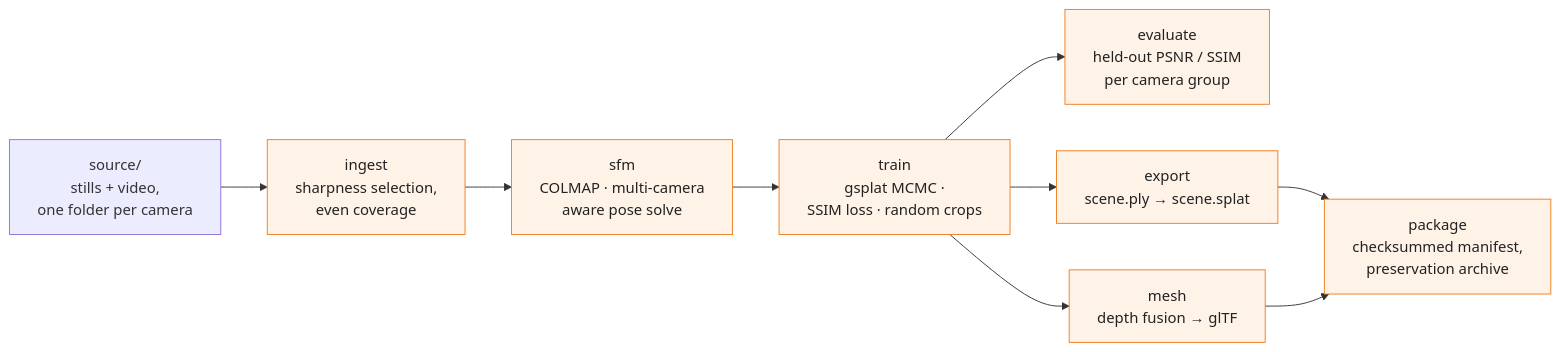
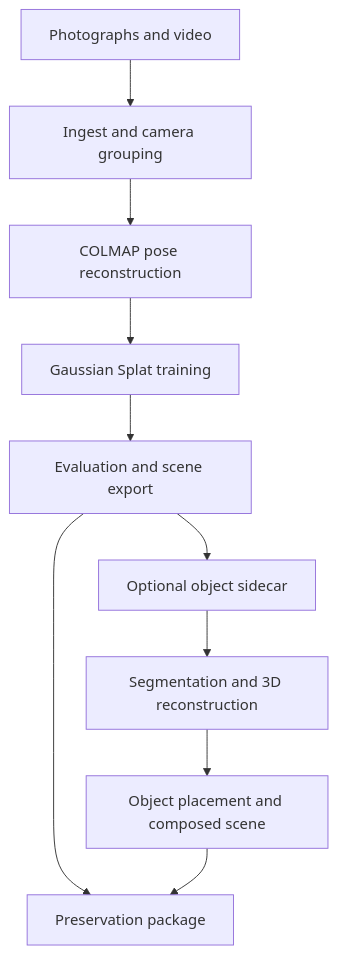
The diagram in README.md (ArtechShadow/UOS-Vitrine), drawn with Mermaid before and after one commit. The commit also changed other lines of this file, not shown here.

Commit message:
docs: overhaul README for GUI and object reconstruction

````diff
--- a/README.md
+++ b/README.md
@@ -48,14 +114,12 @@
 ```mermaid
-flowchart LR
-    A["source/<br/>stills + video,<br/>one folder per camera"] --> B["ingest<br/>sharpness selection,<br/>even coverage"]
-    B --> C["sfm<br/>COLMAP · multi-camera<br/>aware pose solve"]
-    C --> D["train<br/>gsplat MCMC ·<br/>SSIM loss · random crops"]
-    D --> E["evaluate<br/>held-out PSNR / SSIM<br/>per camera group"]
-    D --> F["export<br/>scene.ply → scene.splat"]
-    D --> G["mesh<br/>depth fusion → glTF"]
-    F --> H["package<br/>checksummed manifest,<br/>preservation archive"]
-    G --> H
-
-    classDef stage fill:#fff3e8,stroke:#f07d1c,color:#222;
-    class B,C,D,E,F,G,H stage;
+flowchart TD
+    A["Photographs and video"] --> B["Ingest and camera grouping"]
+    B --> C["COLMAP pose reconstruction"]
+    C --> D["Gaussian Splat training"]
+    D --> E["Evaluation and scene export"]
+    E --> F["Optional object sidecar"]
+    F --> G["Segmentation and 3D reconstruction"]
+    G --> H["Object placement and composed scene"]
+    E --> I["Preservation package"]
+    H --> I
 ```
````
